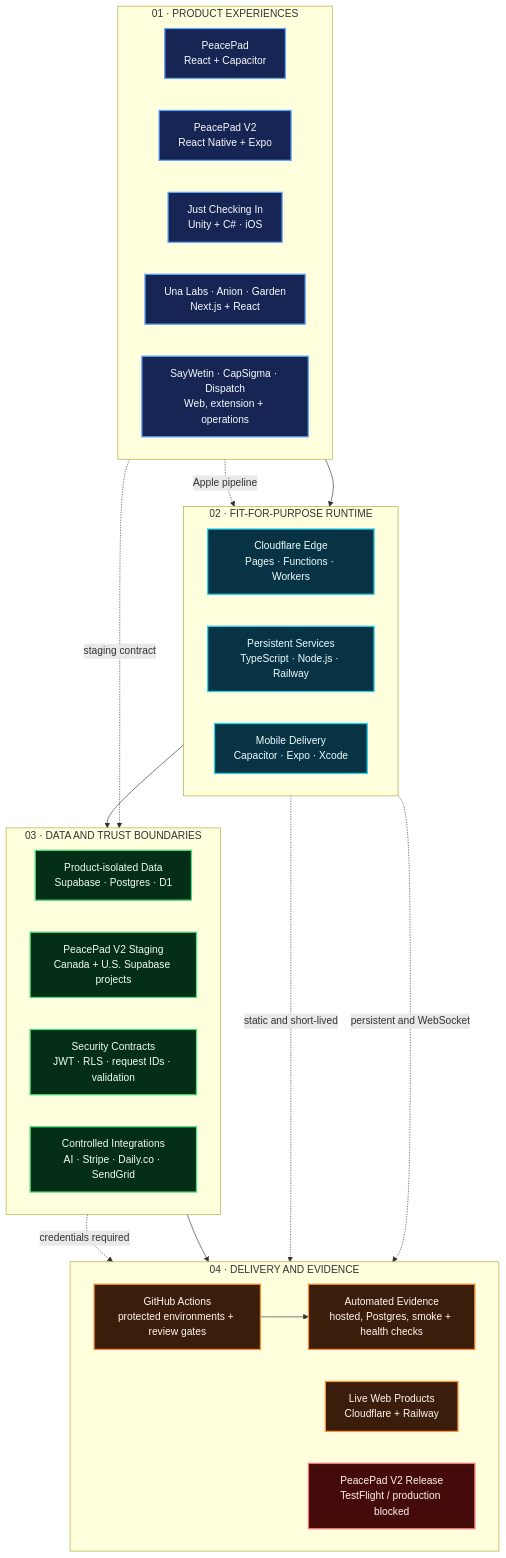
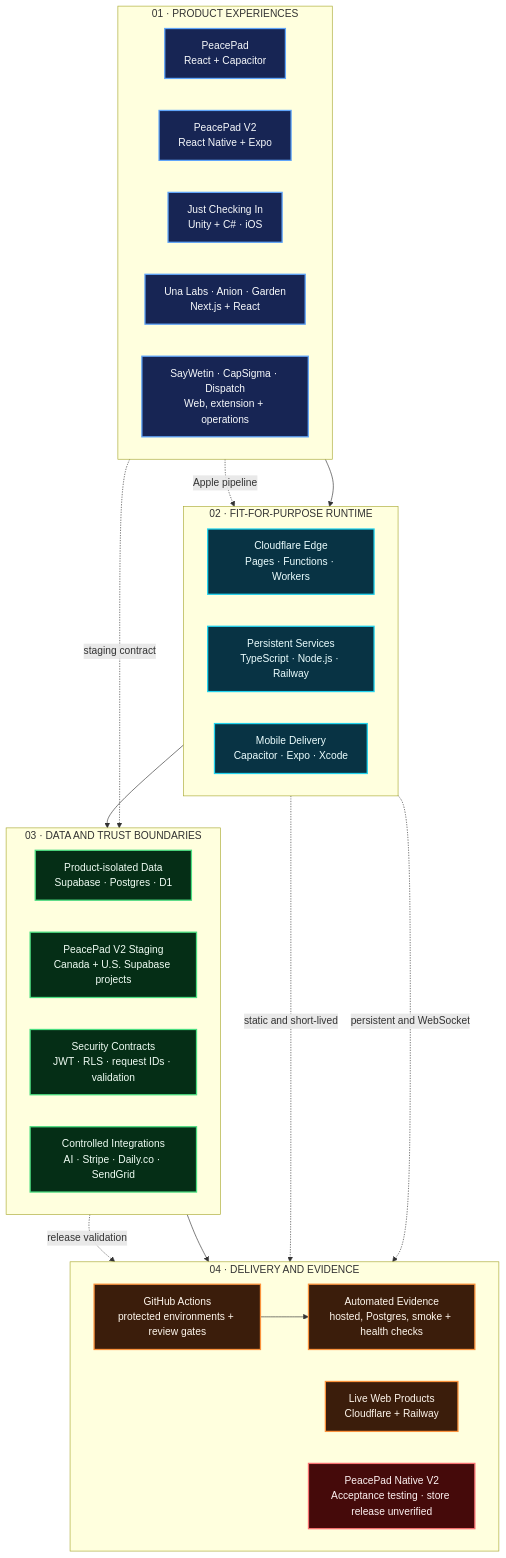
Before and after one commit to fefejiro/fefejiro: the diagram in README.md, drawn with Mermaid. The commit also changed other lines of this file, not shown here.

Commit message:
fix(profile): align business contact, native readiness, and public portfolio links

````diff
--- a/README.md
+++ b/README.md
@@ -91,57 +91,57 @@
 ```mermaid
 flowchart TB
     subgraph EXPERIENCE["01 · PRODUCT EXPERIENCES"]
         direction LR
         FAMILY["PeacePad<br/>React + Capacitor"]
         NATIVE["PeacePad V2<br/>React Native + Expo"]
         GAME["Just Checking In<br/>Unity + C# · iOS"]
         WEB["Una Labs · Anion · Garden<br/>Next.js + React"]
         OPS["SayWetin · CapSigma · Dispatch<br/>Web, extension + operations"]
     end
 
     subgraph RUNTIME["02 · FIT-FOR-PURPOSE RUNTIME"]
         direction LR
         EDGE["Cloudflare Edge<br/>Pages · Functions · Workers"]
         API["Persistent Services<br/>TypeScript · Node.js · Railway"]
         MOBILE["Mobile Delivery<br/>Capacitor · Expo · Xcode"]
     end
 
     subgraph TRUST["03 · DATA AND TRUST BOUNDARIES"]
         direction LR
         DATA["Product-isolated Data<br/>Supabase · Postgres · D1"]
         REGIONS["PeacePad V2 Staging<br/>Canada + U.S. Supabase projects"]
         SECURITY["Security Contracts<br/>JWT · RLS · request IDs · validation"]
         SERVICES["Controlled Integrations<br/>AI · Stripe · Daily.co · SendGrid"]
     end
 
     subgraph DELIVERY["04 · DELIVERY AND EVIDENCE"]
         direction LR
         CI["GitHub Actions<br/>protected environments + review gates"]
         PROOF["Automated Evidence<br/>hosted, Postgres, smoke + health checks"]
         LIVE["Live Web Products<br/>Cloudflare + Railway"]
-        BLOCKED["PeacePad V2 Release<br/>TestFlight / production blocked"]
+        RELEASE["PeacePad Native V2<br/>Acceptance testing · store release unverified"]
     end
 
     EXPERIENCE --> RUNTIME
     RUNTIME --> TRUST
     TRUST --> DELIVERY
 
     NATIVE -. staging contract .-> REGIONS
     GAME -. Apple pipeline .-> MOBILE
     EDGE -. static and short-lived .-> LIVE
     API -. persistent and WebSocket .-> LIVE
-    REGIONS -. credentials required .-> BLOCKED
+    REGIONS -. release validation .-> RELEASE
     CI --> PROOF
 
     classDef product fill:#172554,stroke:#60A5FA,color:#F8FAFC,stroke-width:2px;
     classDef runtime fill:#083344,stroke:#22D3EE,color:#ECFEFF,stroke-width:2px;
     classDef trust fill:#052E16,stroke:#4ADE80,color:#F0FDF4,stroke-width:2px;
     classDef delivery fill:#3B1D0B,stroke:#FB923C,color:#FFF7ED,stroke-width:2px;
     classDef blocked fill:#450A0A,stroke:#F87171,color:#FEF2F2,stroke-width:2px;
 
     class FAMILY,NATIVE,GAME,WEB,OPS product;
     class EDGE,API,MOBILE runtime;
     class DATA,REGIONS,SECURITY,SERVICES trust;
     class CI,PROOF,LIVE delivery;
-    class BLOCKED blocked;
+    class RELEASE blocked;
 ```
````
